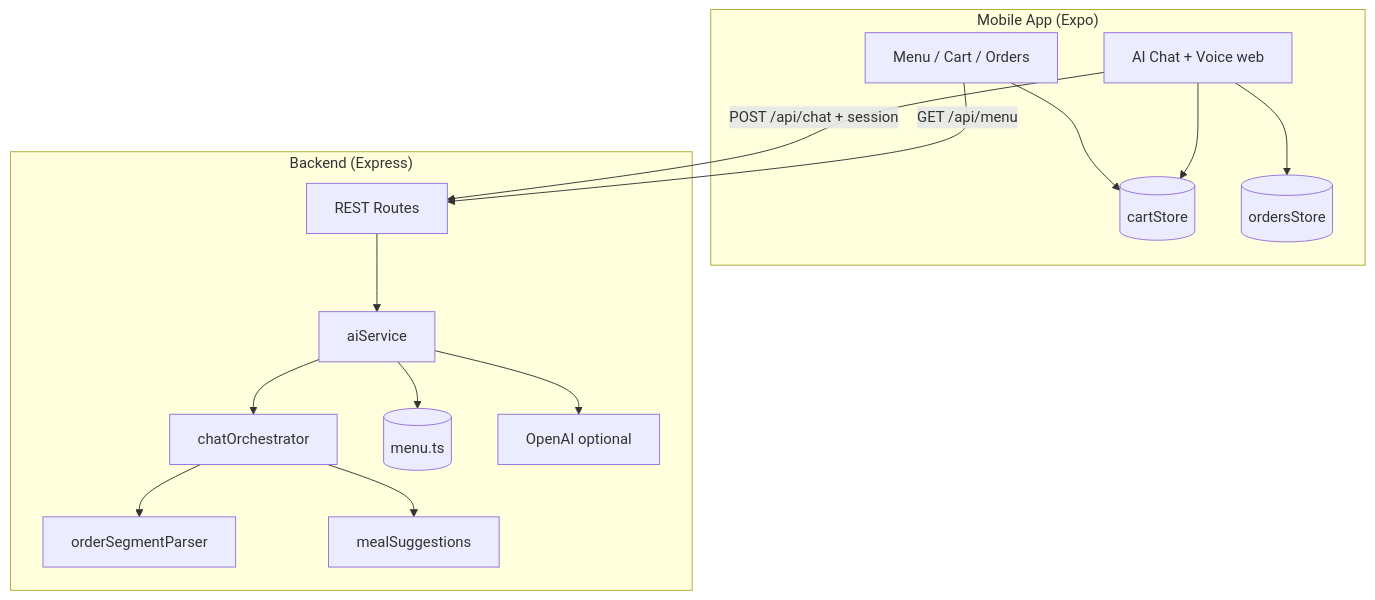
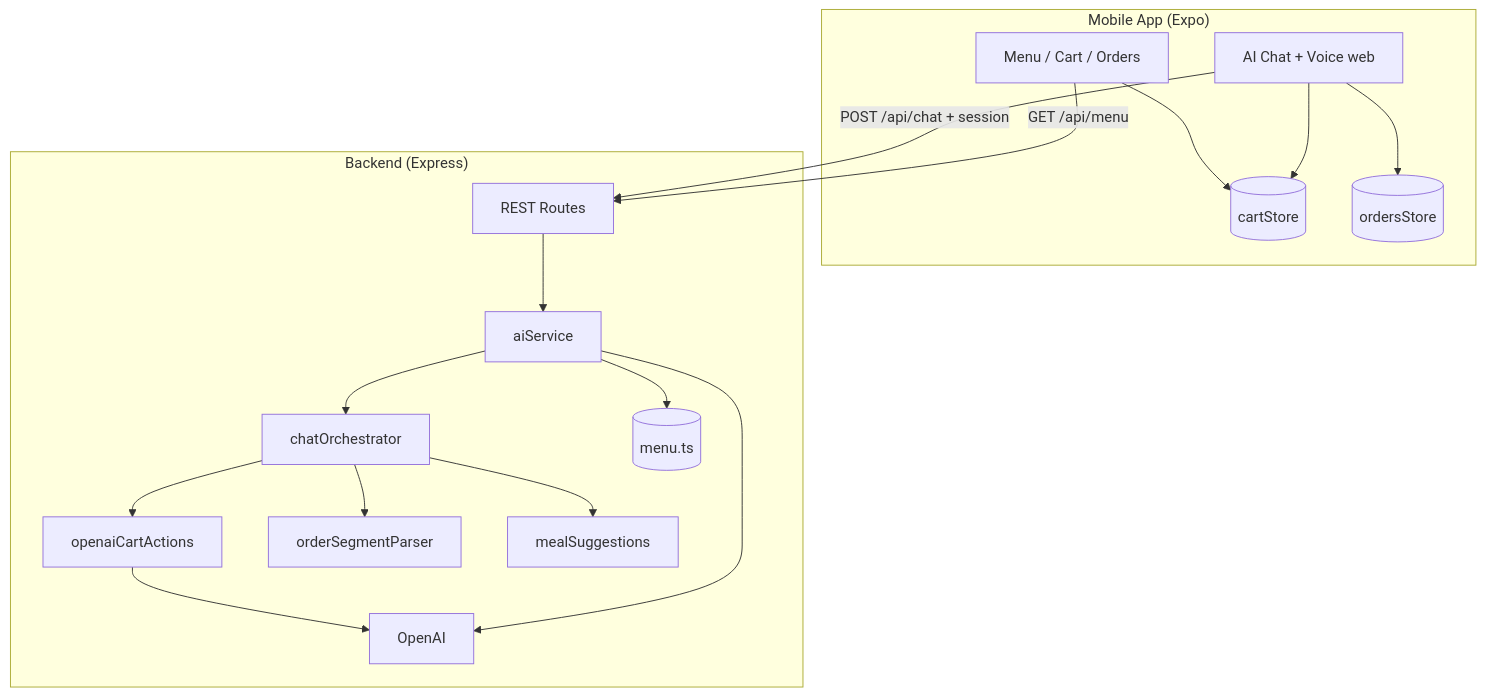
One commit to adimantamu/viridien_AI_engineering_project_aditya_rajiv changed the diagram in README.md. Above: the diagram before and after it, drawn with Mermaid. The commit also changed other lines of this file and 2 other files, not shown here.

````diff
--- a/README.md
+++ b/README.md
@@ -148,30 +281,33 @@
 ```mermaid
 flowchart TB
   subgraph Client["Mobile App (Expo)"]
     UI[Menu / Cart / Orders]
     Chat[AI Chat + Voice web]
     CartStore[(cartStore)]
     OrderStore[(ordersStore)]
     UI --> CartStore
     Chat --> CartStore
     Chat --> OrderStore
   end
 
   subgraph API["Backend (Express)"]
     Routes[REST Routes]
     AI[aiService]
     Orch[chatOrchestrator]
+    CartAI[openaiCartActions]
     Parse[orderSegmentParser]
     Meal[mealSuggestions]
     Menu[(menu.ts)]
     Routes --> AI
     AI --> Orch
+    Orch --> CartAI
     Orch --> Parse
     Orch --> Meal
-    AI --> OpenAI[OpenAI optional]
+    CartAI --> OpenAI[OpenAI]
+    AI --> OpenAI
     AI --> Menu
   end
 
   Chat -->|POST /api/chat + session| Routes
   UI -->|GET /api/menu| Routes
 ```
````
